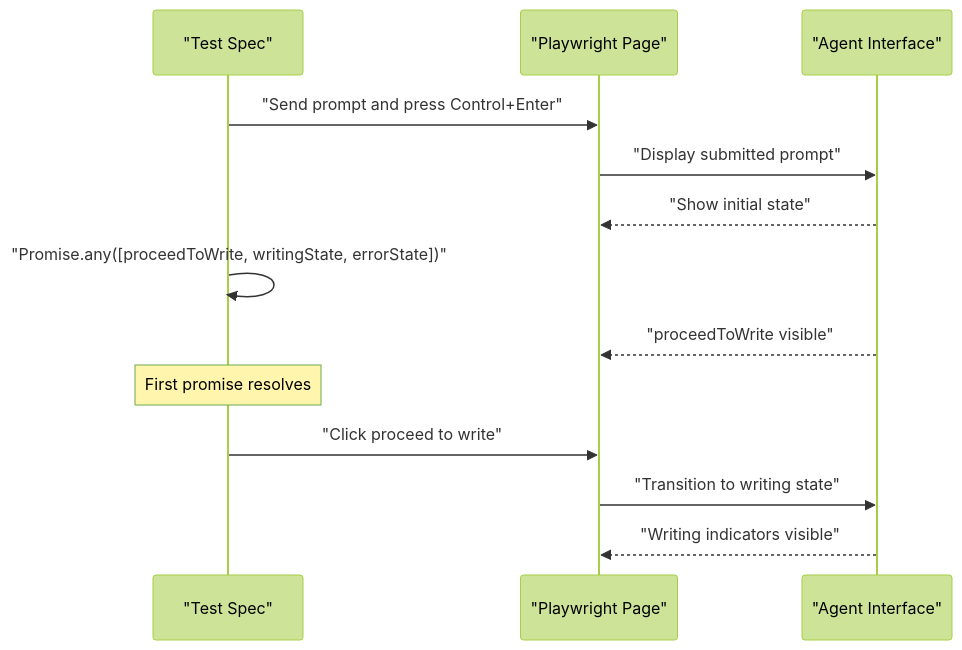
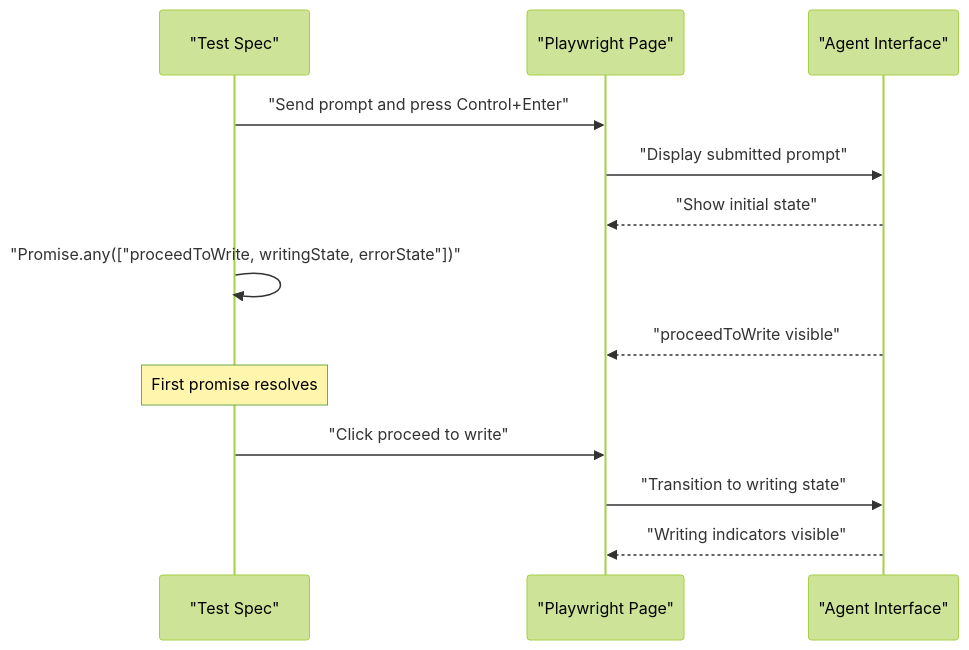
One commit to rohitkumarnaidu/ScholarFormAI changed the ninth of 12 diagrams in docs/docs/knowledge/Testing Strategy/Frontend Testing/Playwright End-to-End Testing.md. Above: the diagram before and after it, drawn with Mermaid (forest theme). The commit also changed other lines of this file and 611 other files, not shown here.

````diff
--- a/docs/docs/knowledge/Testing Strategy/Frontend Testing/Playwright End-to-End Testing.md
+++ b/docs/docs/knowledge/Testing Strategy/Frontend Testing/Playwright End-to-End Testing.md
@@ -412,15 +412,15 @@
 ```mermaid
 sequenceDiagram
 participant T as "Test Spec"
 participant P as "Playwright Page"
 participant UI as "Agent Interface"
 T->>P : "Send prompt and press Control+Enter"
 P->>UI : "Display submitted prompt"
 UI-->>P : "Show initial state"
-T->>T : "Promise.any([proceedToWrite, writingState, errorState])"
+T->>T : "Promise.any(["proceedToWrite, writingState, errorState"])"
 UI-->>P : "proceedToWrite visible"
 Note over T : First promise resolves
 T->>P : "Click proceed to write"
 P->>UI : "Transition to writing state"
 UI-->>P : "Writing indicators visible"
 ```
````
